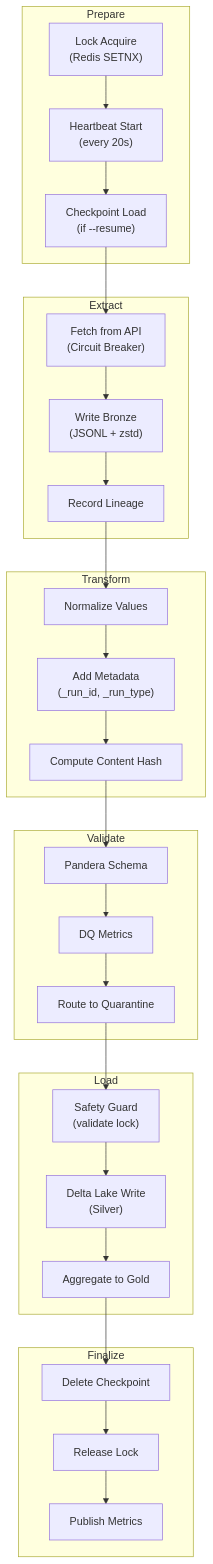
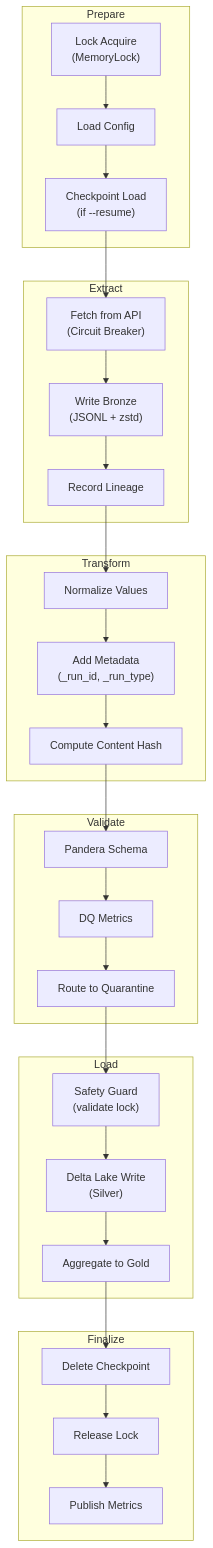
One commit to SatoryKono/BioactivityDataAcquisition changed the second of 3 diagrams in docs/02-architecture/data-flow.md. Above: the diagram before and after it, drawn with Mermaid. The commit also changed other lines of this file and 15 other files, not shown here.

````diff
--- a/docs/02-architecture/data-flow.md
+++ b/docs/02-architecture/data-flow.md
@@ -93,45 +99,45 @@
 ```mermaid
 flowchart TB
   subgraph Prepare
-    A1["Lock Acquire<br/>(Redis SETNX)"]
-    A2["Heartbeat Start<br/>(every 20s)"]
+    A1["Lock Acquire<br/>(MemoryLock)"]
+    A2["Load Config"]
     A3["Checkpoint Load<br/>(if --resume)"]
   end
 
   subgraph Extract
     B1["Fetch from API<br/>(Circuit Breaker)"]
     B2["Write Bronze<br/>(JSONL + zstd)"]
     B3["Record Lineage"]
   end
 
   subgraph Transform
     C1["Normalize Values"]
     C2["Add Metadata<br/>(_run_id, _run_type)"]
     C3["Compute Content Hash"]
   end
 
   subgraph Validate
     D1["Pandera Schema"]
     D2["DQ Metrics"]
     D3["Route to Quarantine"]
   end
 
   subgraph Load
     E1["Safety Guard<br/>(validate lock)"]
     E2["Delta Lake Write<br/>(Silver)"]
     E3["Aggregate to Gold"]
   end
 
   subgraph Finalize
     F1["Delete Checkpoint"]
     F2["Release Lock"]
     F3["Publish Metrics"]
   end
 
   A1 --> A2 --> A3 --> B1
   B1 --> B2 --> B3 --> C1
   C1 --> C2 --> C3 --> D1
   D1 --> D2 --> D3 --> E1
   E1 --> E2 --> E3 --> F1
   F1 --> F2 --> F3
 ```
````
